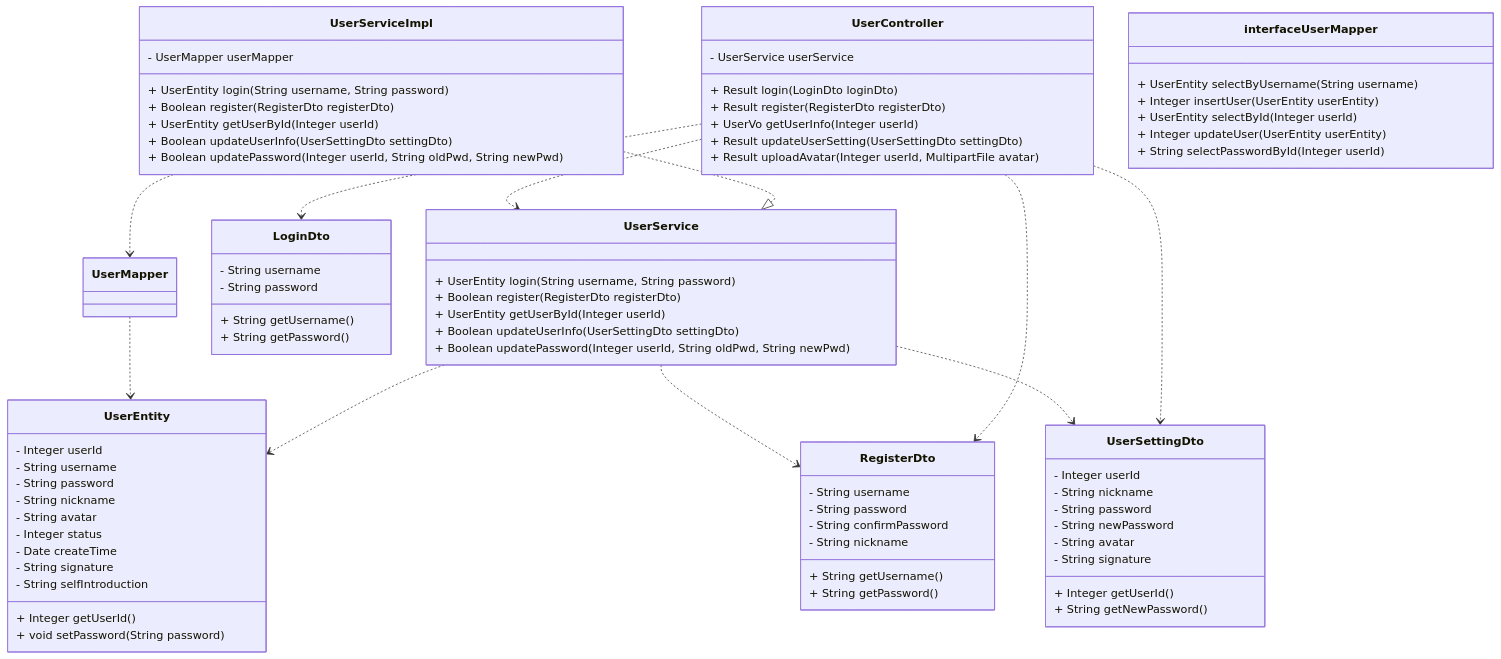
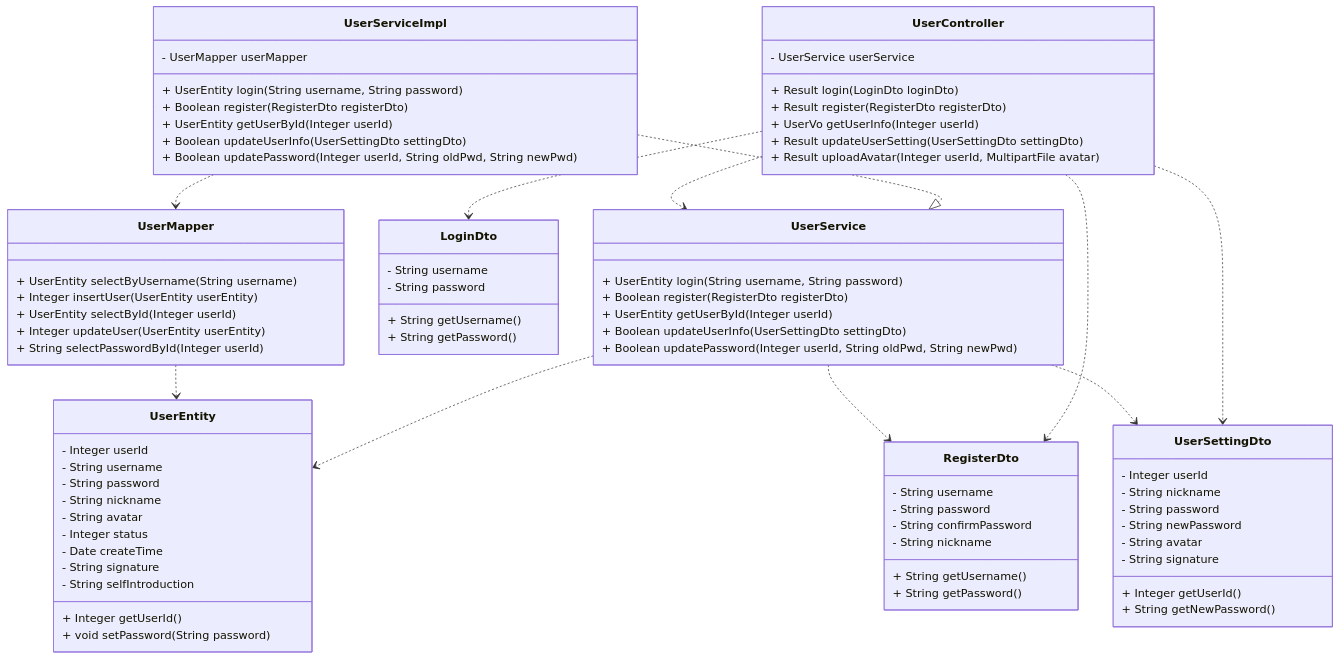
Before and after one commit to DEbalanceUX/iodraw-files: the diagram in all/未命名-1.md, drawn with Mermaid.

Commit message:
2025-12-10 23:09:23 update

```diff
--- a/all/未命名-1.md
+++ b/all/未命名-1.md
@@ -74,7 +74,7 @@
         + Boolean updateUserInfo(UserSettingDto settingDto)
         + Boolean updatePassword(Integer userId, String oldPwd, String newPwd)
     }
-    class interface UserMapper {
+    class  UserMapper {
         + UserEntity selectByUsername(String username)
         + Integer insertUser(UserEntity userEntity)
         + UserEntity selectById(Integer userId)
```
